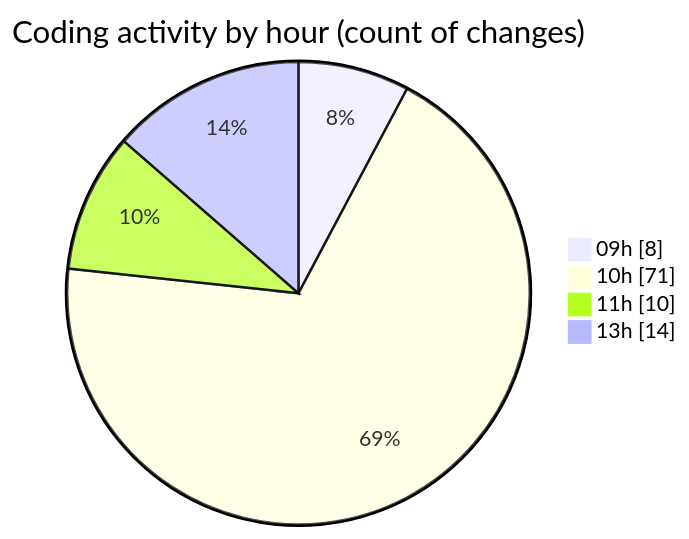
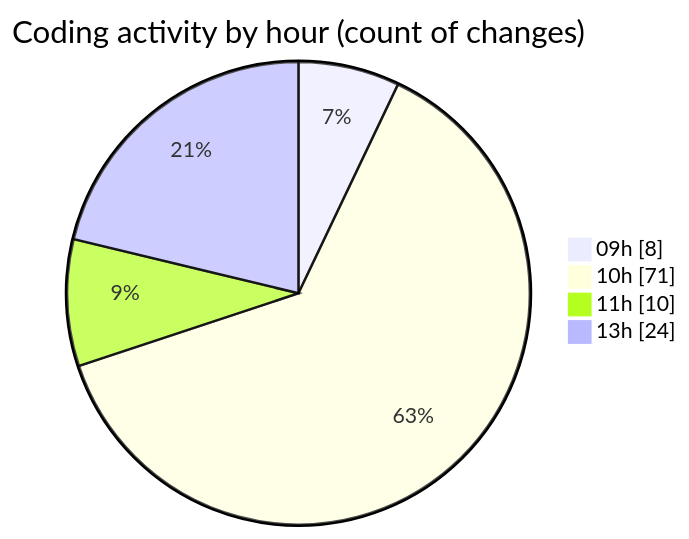
The second of 2 diagrams in 2025-06-03/ecodeli-1/README.md (CELIANVF/code-tracking), drawn with Mermaid before and after one commit. The commit also changed other lines of this file and 1 other file, not shown here.

````diff
--- a/2025-06-03/ecodeli-1/README.md
+++ b/2025-06-03/ecodeli-1/README.md
@@ -69,8 +72,8 @@
 ```mermaid
 pie showData
 title Coding activity by hour (count of changes)
 "09h" : 8
 "10h" : 71
 "11h" : 10
-"13h" : 14
+"13h" : 24
 ```
````
